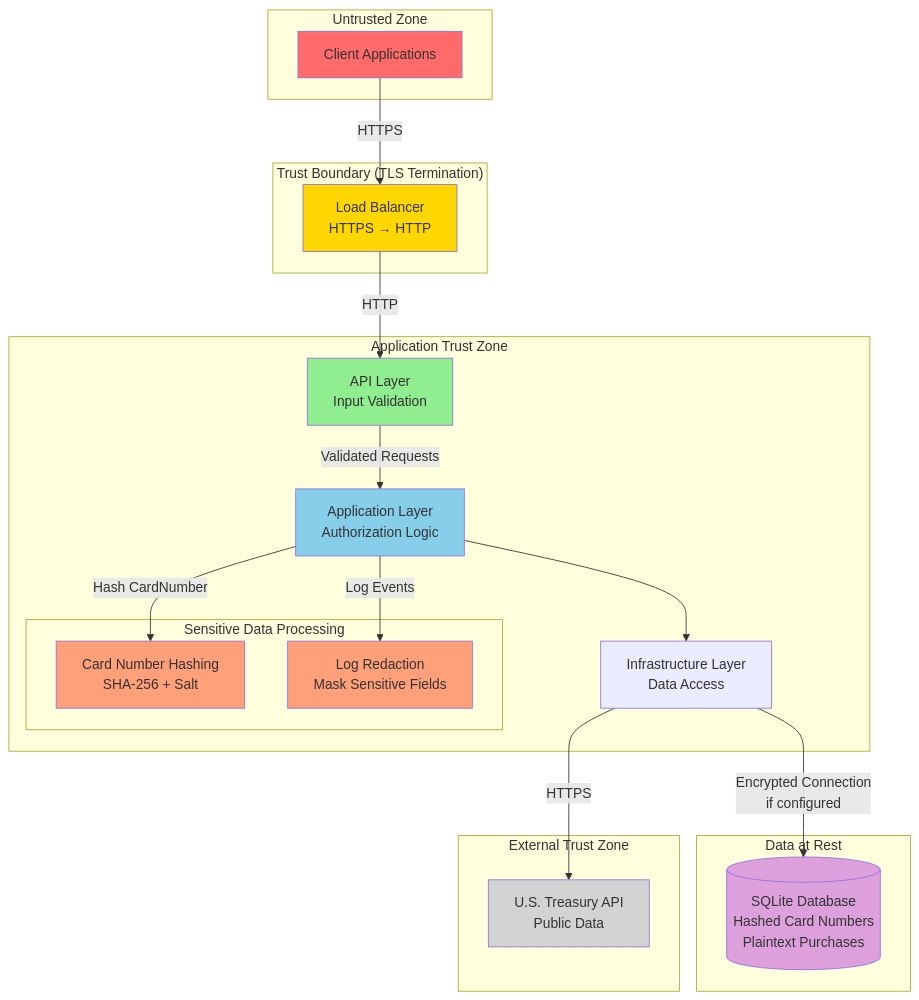
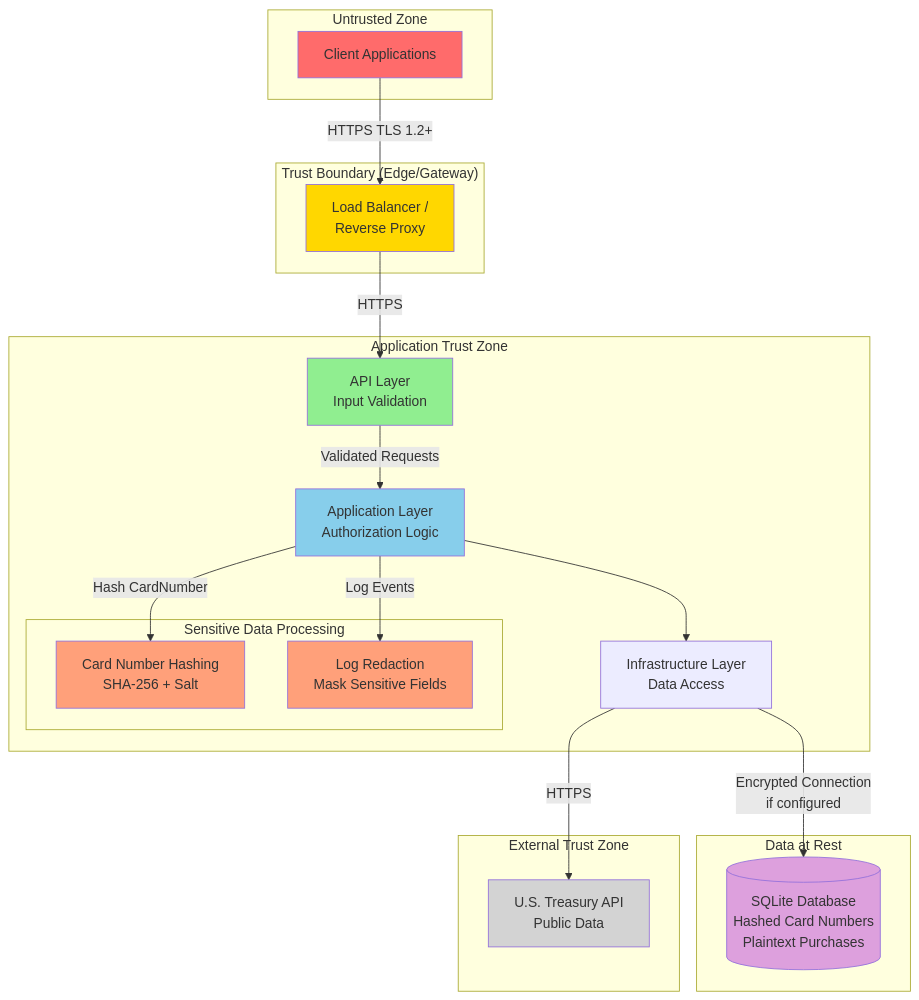
The first of 3 diagrams in docs/diagrams/13-security-boundaries.md (timshel-debug/card-ledger), drawn with Mermaid before and after one commit. The commit also changed other lines of this file and 3 other files, not shown here.

````diff
--- a/docs/diagrams/13-security-boundaries.md
+++ b/docs/diagrams/13-security-boundaries.md
@@ -8,48 +8,48 @@
 ```mermaid
 flowchart TB
     subgraph "Untrusted Zone"
         Client[Client Applications]
     end
     
-    subgraph "Trust Boundary (TLS Termination)"
-        LB[Load Balancer<br/>HTTPS → HTTP]
+    subgraph "Trust Boundary (Edge/Gateway)"
+        LB[Load Balancer / <br/> Reverse Proxy]
     end
     
     subgraph "Application Trust Zone"
         API[API Layer<br/>Input Validation]
         AppLayer[Application Layer<br/>Authorization Logic]
         
         subgraph "Sensitive Data Processing"
             Hashing[Card Number Hashing<br/>SHA-256 + Salt]
             Redaction[Log Redaction<br/>Mask Sensitive Fields]
         end
         
         Infrastructure[Infrastructure Layer<br/>Data Access]
     end
     
     subgraph "Data at Rest"
         DB[(SQLite Database<br/>Hashed Card Numbers<br/>Plaintext Purchases)]
     end
     
     subgraph "External Trust Zone"
         Treasury[U.S. Treasury API<br/>Public Data]
     end
     
-    Client -->|HTTPS| LB
-    LB -->|HTTP| API
+    Client -->|HTTPS TLS 1.2+| LB
+    LB -->|HTTPS | API
     API -->|Validated Requests| AppLayer
     AppLayer -->|Hash CardNumber| Hashing
     AppLayer -->|Log Events| Redaction
     AppLayer --> Infrastructure
     Infrastructure -->|Encrypted Connection<br/>if configured| DB
     Infrastructure -->|HTTPS| Treasury
     
     style Client fill:#FF6B6B
     style LB fill:#FFD700
     style API fill:#90EE90
     style AppLayer fill:#87CEEB
     style Hashing fill:#FFA07A
     style Redaction fill:#FFA07A
     style DB fill:#DDA0DD
     style Treasury fill:#D3D3D3
 ```
````
